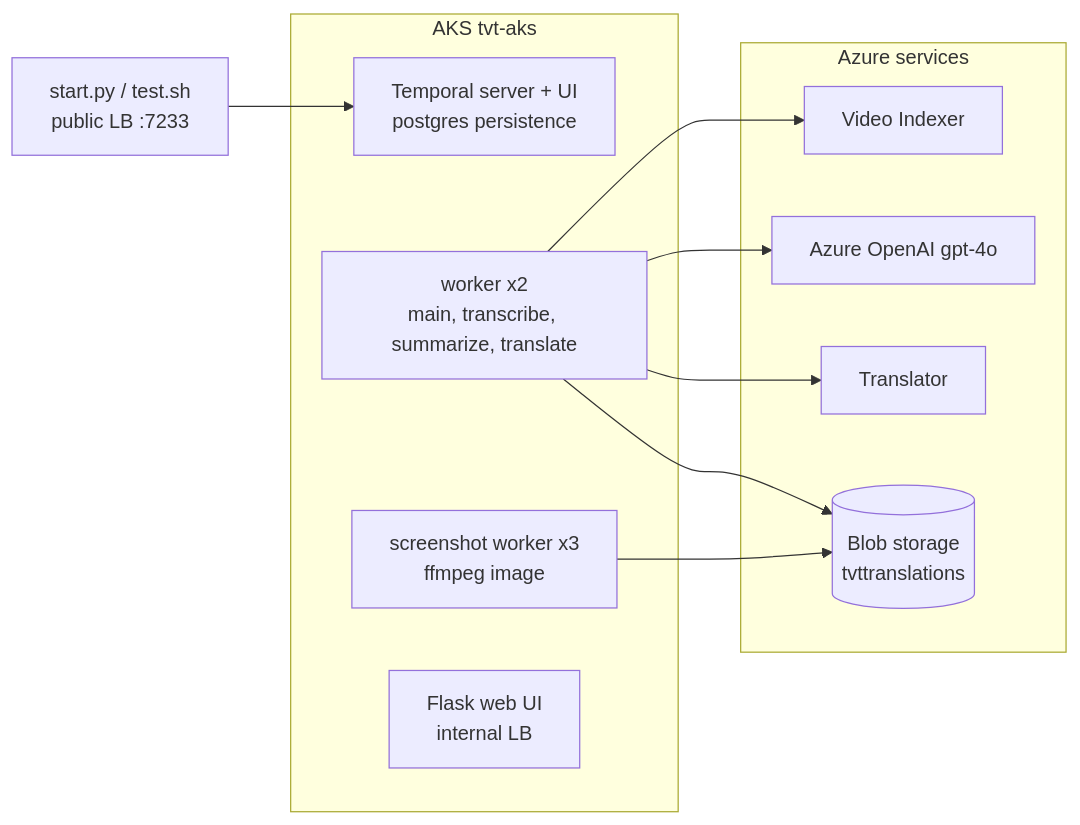
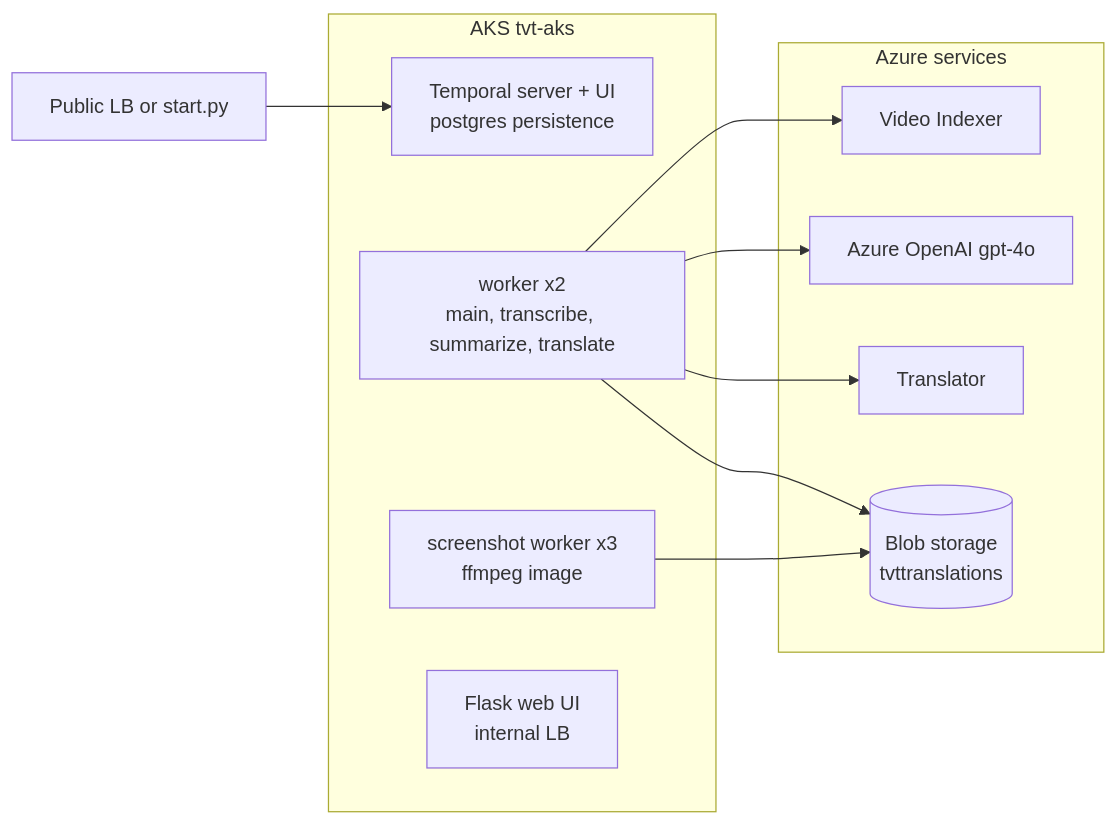
The second of 2 diagrams in README.md (chrisumbel/temporal-video-translator), drawn with Mermaid before and after one commit. The commit also changed other lines of this file, not shown here.

Commit message:
Improved merdmaid diagrams so they fit better in GitHubs viewport

````diff
--- a/README.md
+++ b/README.md
@@ -35,18 +35,18 @@
 ```mermaid
 flowchart LR
-    client[start.py / test.sh<br>public LB :7233] --> temporal
+    client[Public LB or start.py] --> temporal
     subgraph AKS [AKS tvt-aks]
         temporal[Temporal server + UI<br>postgres persistence]
         worker[worker x2<br>main, transcribe, summarize, translate]
         shot[screenshot worker x3<br>ffmpeg image]
         web[Flask web UI<br>internal LB]
     end
     subgraph Azure [Azure services]
         vi[Video Indexer]
         aoai[Azure OpenAI gpt-4o]
         tr[Translator]
         storage[(Blob storage<br>tvttranslations)]
     end
     worker --> vi & aoai & tr & storage
     shot --> storage
 ```
````
